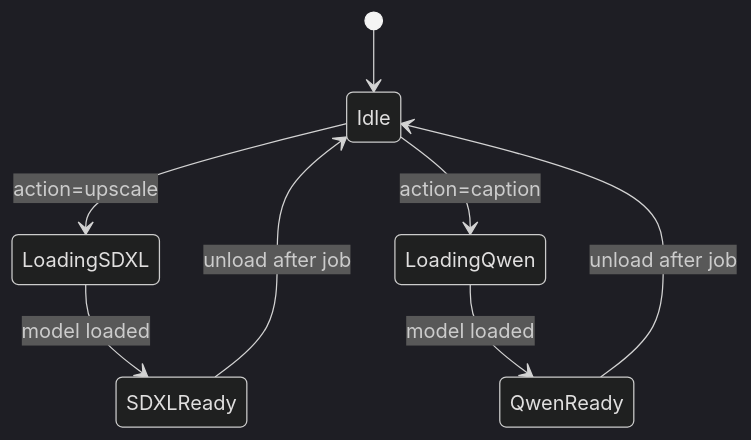
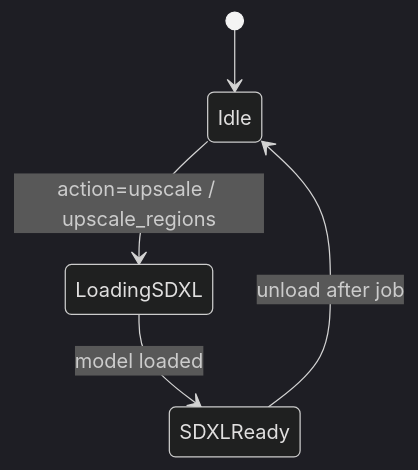
Before and after one commit to Coyote-A/ai-assets-toolbox: the second of 5 diagrams in docs/ARCHITECTURE.md, drawn with Mermaid (dark theme). The commit also changed other lines of this file and 26 other files, not shown here.

````diff
--- a/docs/ARCHITECTURE.md
+++ b/docs/ARCHITECTURE.md
@@ -111,10 +133,7 @@
 ```mermaid
 stateDiagram-v2
     [*] --> Idle
-    Idle --> LoadingSDXL: action=upscale
-    Idle --> LoadingQwen: action=caption
+    Idle --> LoadingSDXL: action=upscale / upscale_regions
     LoadingSDXL --> SDXLReady: model loaded
-    LoadingQwen --> QwenReady: model loaded
     SDXLReady --> Idle: unload after job
-    QwenReady --> Idle: unload after job
 ```
````
